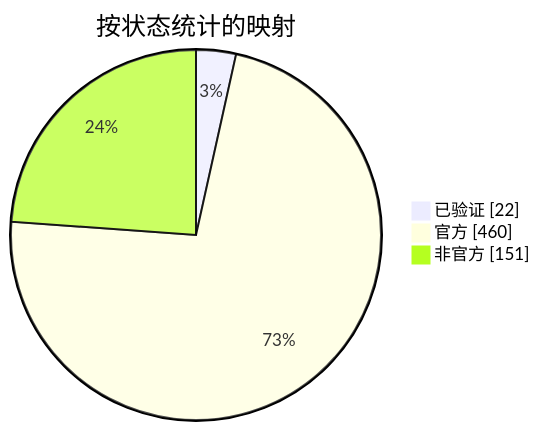
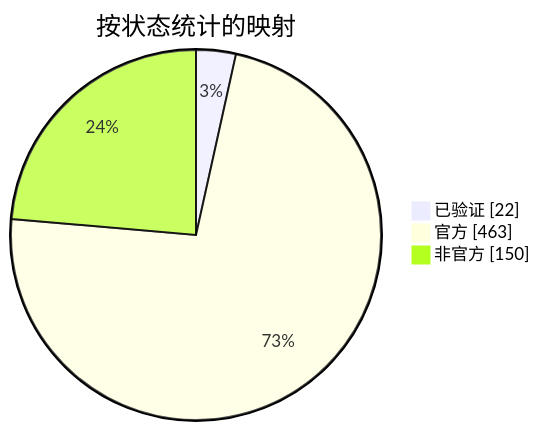
One commit to nobrega8/mbmap-library changed the diagram in docs/readme/README_ZHS.md. Above: the diagram before and after it, drawn with Mermaid. The commit also changed 4 other files, not shown here.

````diff
--- a/docs/readme/README_ZHS.md
+++ b/docs/readme/README_ZHS.md
@@ -54,7 +54,7 @@
 ```mermaid
 pie showData
     title 按状态统计的映射
     "已验证" : 22
-    "官方" : 460
-    "非官方" : 151
+    "官方" : 463
+    "非官方" : 150
 ```
````
